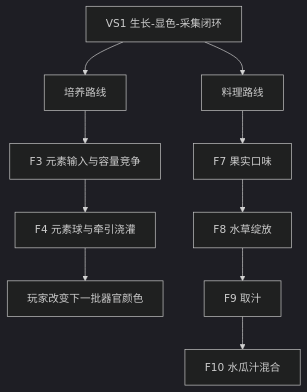
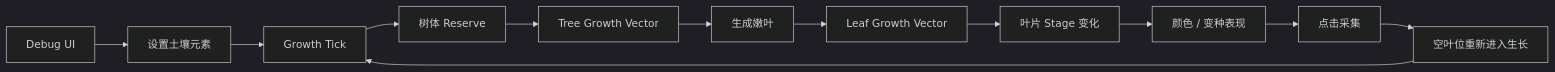
One commit to Ri0n72Y/idea-slime-bar changed the second of 3 diagrams in mvp/watermelon-kitchen/implementation-roadmap.md. Above: the diagram before and after it, drawn with Mermaid (dark theme). The commit also changed other lines of this file, not shown here.

Commit message:
docs: refactor roadmap around nutrient growth ticks

````diff
--- a/mvp/watermelon-kitchen/implementation-roadmap.md
+++ b/mvp/watermelon-kitchen/implementation-roadmap.md
@@ -619,15 +455,16 @@
 ```mermaid
-flowchart TD
-    A[VS1 生长-显色-采集闭环]
+flowchart LR
+    D[Debug UI]
+    --> S[设置土壤元素]
 
-    A --> B[培养路线]
-    B --> B1[F3 元素输入与容量竞争]
-    B1 --> B2[F4 元素球与牵引浇灌]
-    B2 --> B3[玩家改变下一批器官颜色]
-
-    A --> C[料理路线]
-    C --> C1[F7 果实口味]
-    C1 --> C2[F8 水草绽放]
-    C2 --> C3[F9 取汁]
-    C3 --> C4[F10 水瓜汁混合]
+    S --> T[Growth Tick]
+    T --> R[树体 Reserve]
+    R --> G[Tree Growth Vector]
+    G --> L[生成嫩叶]
+    L --> LG[Leaf Growth Vector]
+    LG --> LS[叶片 Stage 变化]
+    LS --> V[颜色 / 变种表现]
+    V --> C[点击采集]
+    C --> N[空叶位重新进入生长]
+    N --> T
 ```
````
